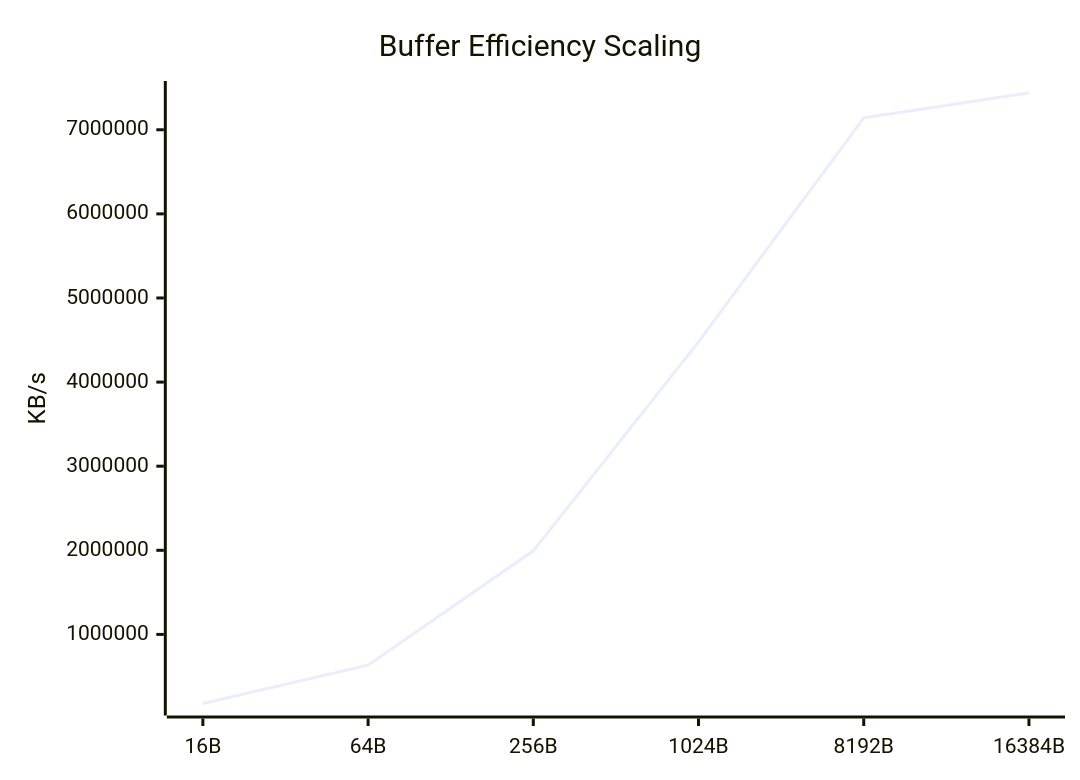
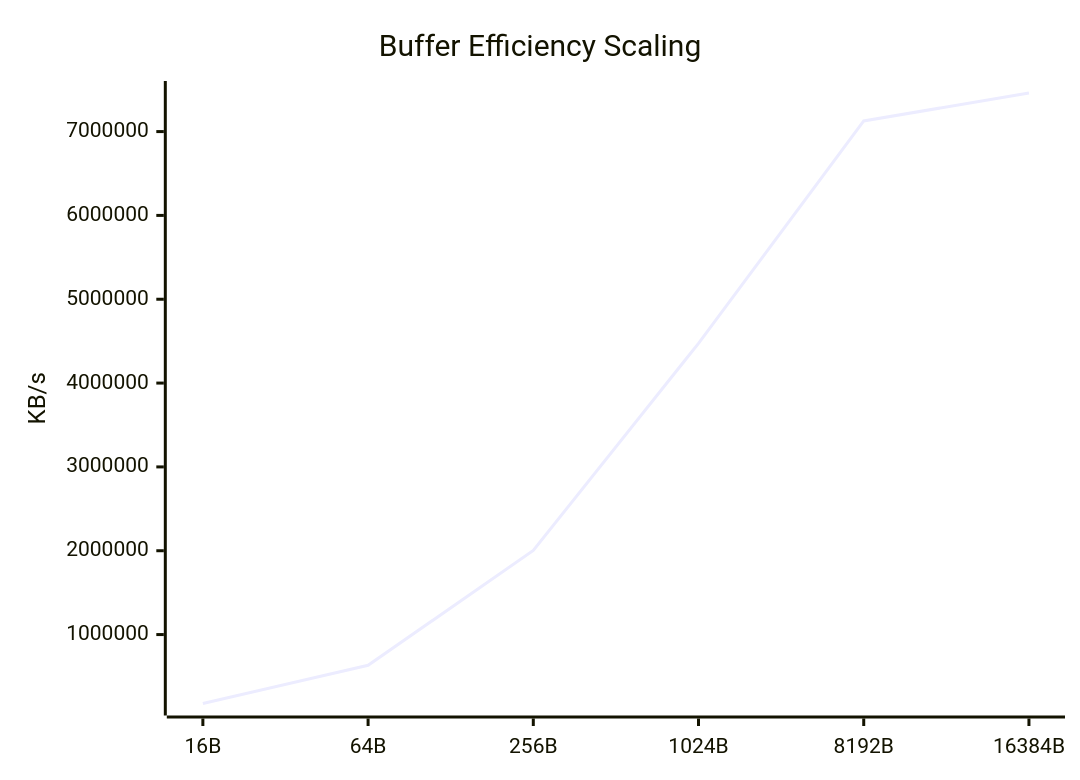
The seventh of 9 diagrams in docs/Comparison_Report.md (taha2samy/openssl_fips), drawn with Mermaid before and after one commit. The commit also changed other lines of this file and 2 other files, not shown here.

````diff
--- a/docs/Comparison_Report.md
+++ b/docs/Comparison_Report.md
@@ -110,7 +110,7 @@
 ```mermaid
 xychart-beta
     title "Buffer Efficiency Scaling"
     x-axis [16B, 64B, 256B, 1024B, 8192B, 16384B]
     y-axis "KB/s"
-    line [178647.76, 635074.62, 1993544.04, 4478219.37, 7141777.41, 7437079.35]
+    line [177676.86, 633957.03, 2002916.89, 4474113.84, 7126715.6, 7460254.52]
 ```
````
